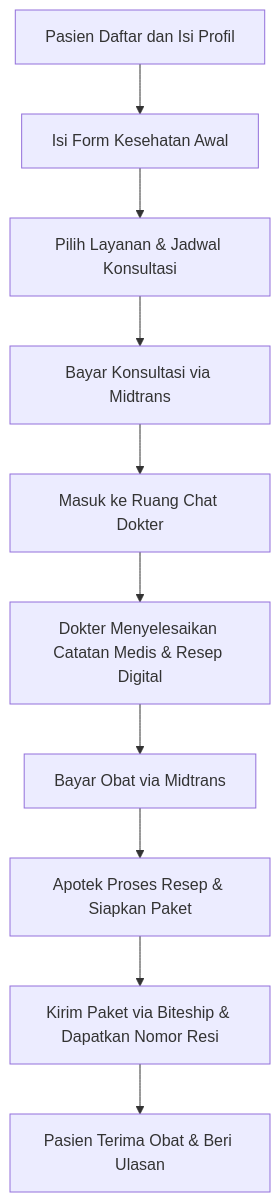
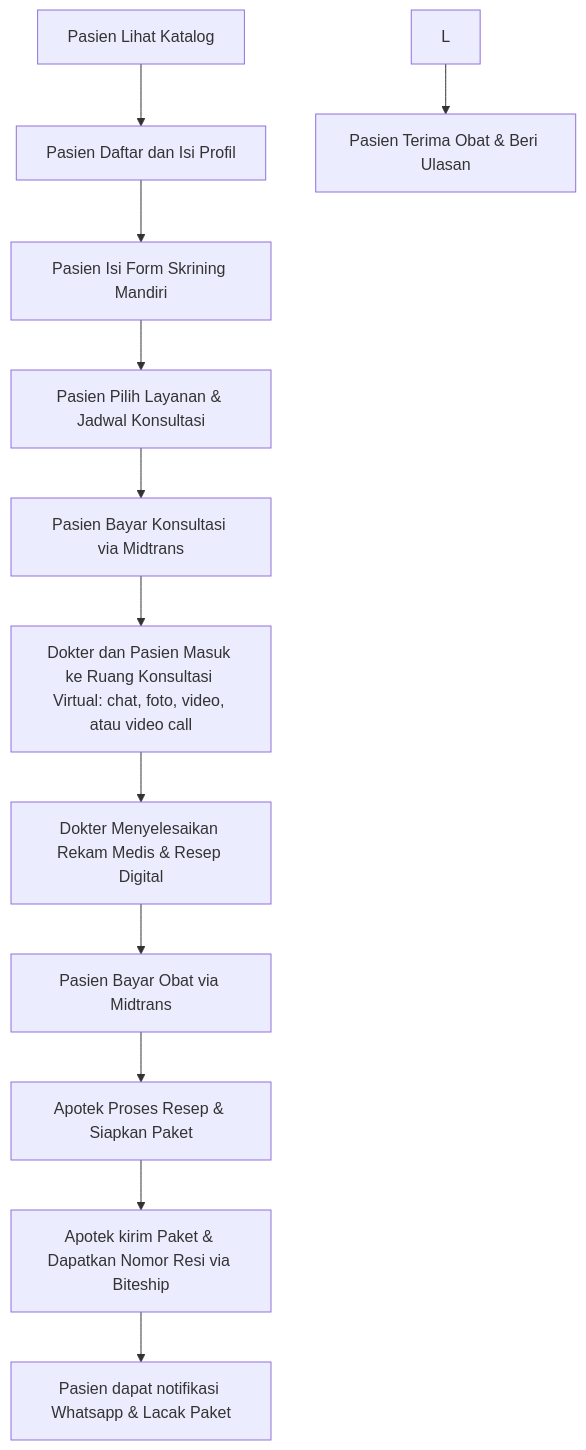
One commit to FathurRozzaq/perancangan-sistem-toko-online-obat changed the diagram in prd-website-toko-obat-online/07-model-telemedicine.md. Above: the diagram before and after it, drawn with Mermaid. The commit also changed other lines of this file and 1 other file, not shown here.

````diff
--- a/prd-website-toko-obat-online/07-model-telemedicine.md
+++ b/prd-website-toko-obat-online/07-model-telemedicine.md
@@ -46,12 +114,14 @@
 ```mermaid
 flowchart TD
-A[Pasien Daftar dan Isi Profil] --> B[Isi Form Kesehatan Awal]
-B --> C[Pilih Layanan & Jadwal Konsultasi]
-C --> D[Bayar Konsultasi via Midtrans]
-D --> E[Masuk ke Ruang Chat Dokter]
-E --> F[Dokter Menyelesaikan Catatan Medis & Resep Digital]
-F --> G[Bayar Obat via Midtrans]
-G --> H[Apotek Proses Resep & Siapkan Paket]
-H --> I[Kirim Paket via Biteship & Dapatkan Nomor Resi]
-I --> J[Pasien Terima Obat & Beri Ulasan]
+A[Pasien Lihat Katalog] --> B[Pasien Daftar dan Isi Profil] 
+B --> C[Pasien Isi Form Skrining Mandiri]
+C --> D[Pasien Pilih Layanan & Jadwal Konsultasi]
+D --> E[Pasien Bayar Konsultasi via Midtrans]
+E --> F[Dokter dan Pasien Masuk ke Ruang Konsultasi Virtual: chat, foto, video, atau video call]
+F --> G[Dokter Menyelesaikan Rekam Medis & Resep Digital]
+G --> H[Pasien Bayar Obat via Midtrans]
+H --> I[Apotek Proses Resep & Siapkan Paket]
+I --> J[Apotek kirim Paket & Dapatkan Nomor Resi via Biteship]
+J --> K[Pasien dapat notifikasi Whatsapp & Lacak Paket]
+L --> M[Pasien Terima Obat & Beri Ulasan]
 ```
````
